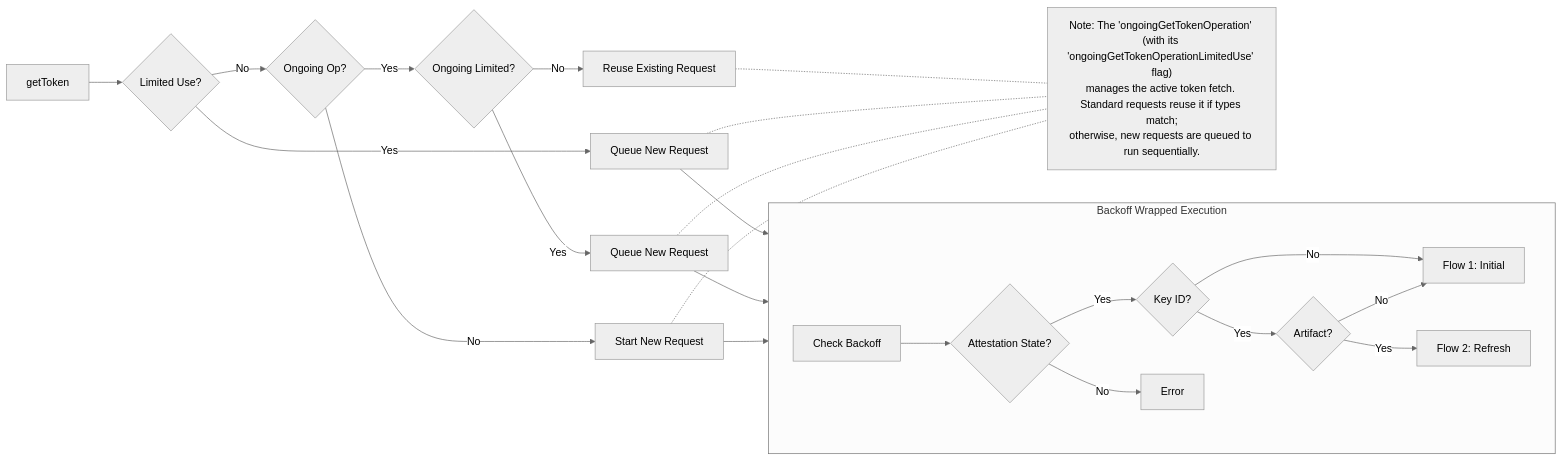
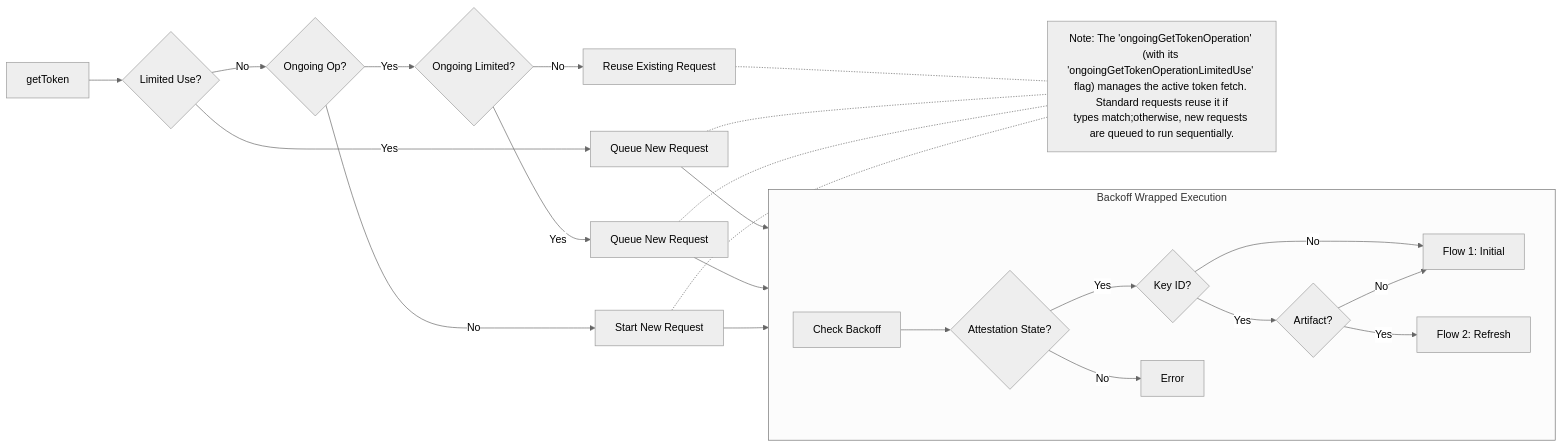
The first of 4 diagrams in docs/providers/app-attest.md (google/app-check), drawn with Mermaid (neutral theme) before and after one commit.

````diff
--- a/docs/providers/app-attest.md
+++ b/docs/providers/app-attest.md
@@ -31,41 +31,41 @@
 ```mermaid
 %%{init: {"flowchart": {"diagramPadding": 75}}}%%
 flowchart LR
     Start[getToken] --> CheckUse{Limited Use?}
     
     CheckUse -- Yes --> Queue1[Queue New Request]
     CheckUse -- No --> Coalesce{Ongoing Op?}
     
     Coalesce -- No --> StartNew[Start New Request]
     Coalesce -- Yes --> CheckOngoing{Ongoing Limited?}
     
     CheckOngoing -- Yes --> Queue2[Queue New Request]
     CheckOngoing -- No --> Reuse[Reuse Existing Request]
     
     subgraph Execution ["Backoff Wrapped Execution"]
         direction LR
         Backoff[Check Backoff]
         StateCheck{Attestation State?}
         
         Backoff --> StateCheck
         
         StateCheck -->|Yes| KeyCheck{Key ID?}
         
         KeyCheck -- No --> Flow1[Flow 1: Initial]
         KeyCheck -- Yes --> ArtifactCheck{Artifact?}
         
         ArtifactCheck -- No --> Flow1
         ArtifactCheck -- Yes --> Flow2[Flow 2: Refresh]
 
         StateCheck -->|No| Error[Error]
     end
 
     Queue1 --> Backoff
     Queue2 --> Backoff
     StartNew --> Backoff
 
-    Reuse -.- Footnote["Note: The 'ongoingGetTokenOperation' (with its 'ongoingGetTokenOperationLimitedUse' flag)<br/>manages the active token fetch. Standard requests reuse it if types match;<br/>otherwise, new requests are queued to run sequentially."]
+    Reuse -.- Footnote["Note: The 'ongoingGetTokenOperation' (with its 'ongoingGetTokenOperationLimitedUse' flag) manages the active token fetch. Standard requests reuse it if<br/>types match;otherwise, new requests are queued to run sequentially."]
     Queue1 -.- Footnote
     Queue2 -.- Footnote
     StartNew -.- Footnote
 ```
````
